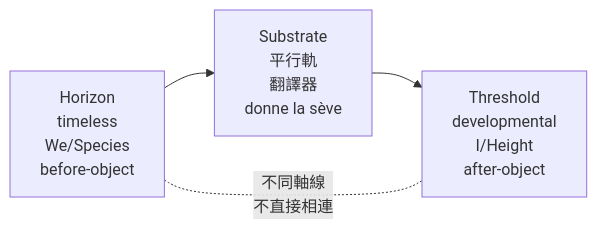
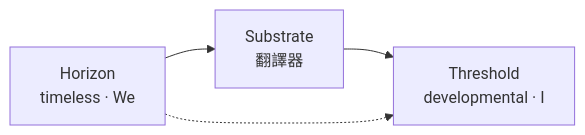
The fourth of 4 diagrams in docs/horizon-threshold-complementarity-paper.md (octobersayhi/vygotsky-psy), drawn with Mermaid before and after one commit. The commit also changed other lines of this file and 1 other file, not shown here.

Commit message:
paper+web: simplify mermaid (4 charts), add glossary with tooltips, improve citation styling, mobile polish

````diff
--- a/docs/horizon-threshold-complementarity-paper.md
+++ b/docs/horizon-threshold-complementarity-paper.md
@@ -191,8 +184,6 @@
 ```mermaid
 flowchart LR
-    H["Horizon<br/>timeless<br/>We/Species<br/>before-object"]
-    S["Substrate<br/>平行軌<br/>翻譯器<br/>donne la sève"]
-    T["Threshold<br/>developmental<br/>I/Height<br/>after-object"]
-    H --> S --> T
-    H -.-|"不同軸線<br/>不直接相連"| T
+    H["Horizon<br/>timeless · We"] --> S["Substrate<br/>翻譯器"]
+    S --> T["Threshold<br/>developmental · I"]
+    H -.-> T
 ```
````
